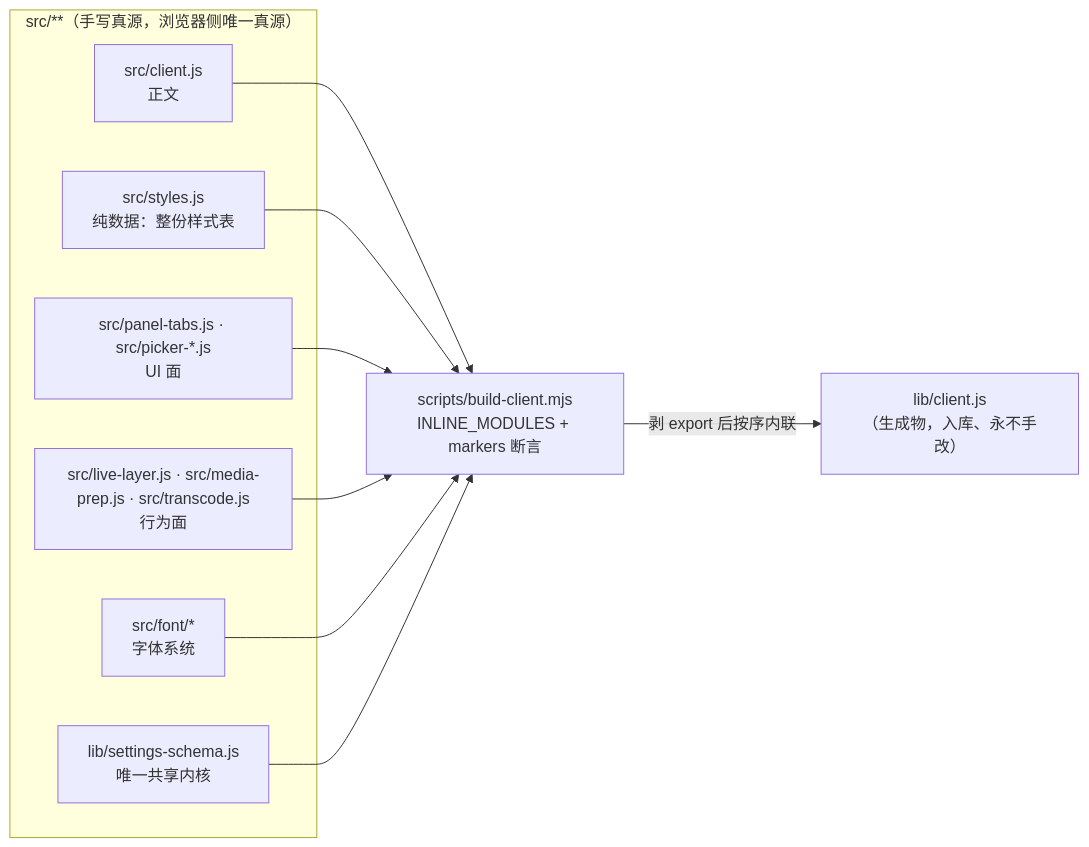
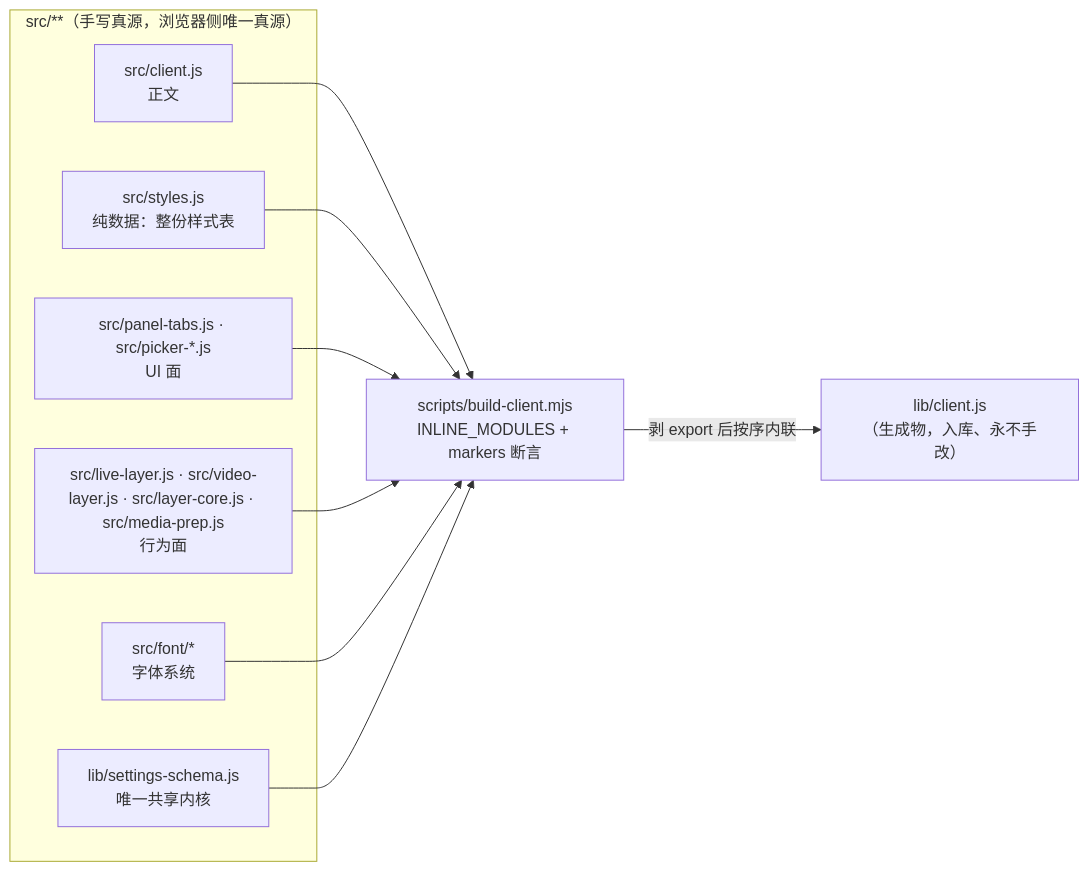
The fourth of 5 diagrams in docs/CODE-STRUCTURE.md (YV3507/dsh-wallpaper-engine), drawn with Mermaid before and after one commit. The commit also changed other lines of this file and 38 other files, not shown here.

````diff
--- a/docs/CODE-STRUCTURE.md
+++ b/docs/CODE-STRUCTURE.md
@@ -168,18 +169,18 @@
 ```mermaid
 graph LR
     subgraph SRC["src/**（手写真源，浏览器侧唯一真源）"]
         C["src/client.js<br/>正文"]
         A["src/styles.js<br/>纯数据：整份样式表"]
         B["src/panel-tabs.js · src/picker-*.js<br/>UI 面"]
-        D["src/live-layer.js · src/media-prep.js · src/transcode.js<br/>行为面"]
+        D["src/live-layer.js · src/video-layer.js · src/layer-core.js · src/media-prep.js<br/>行为面"]
         E["src/font/*<br/>字体系统"]
         F["lib/settings-schema.js<br/>唯一共享内核"]
     end
     C --> BUILD["scripts/build-client.mjs<br/>INLINE_MODULES + markers 断言"]
     A --> BUILD
     B --> BUILD
     D --> BUILD
     E --> BUILD
     F --> BUILD
     BUILD -->|剥 export 后按序内联| OUT["lib/client.js<br/>（生成物，入库、永不手改）"]
 ```
````
